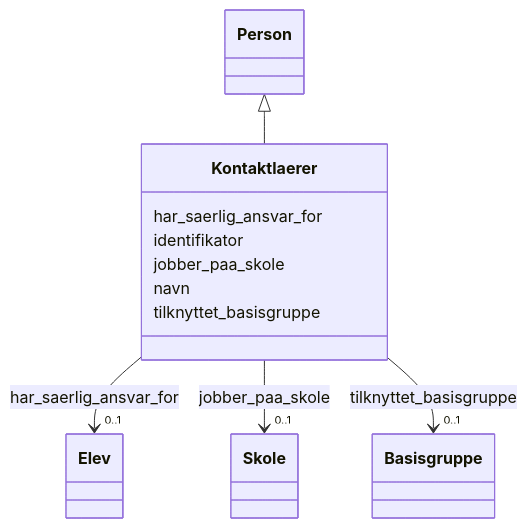
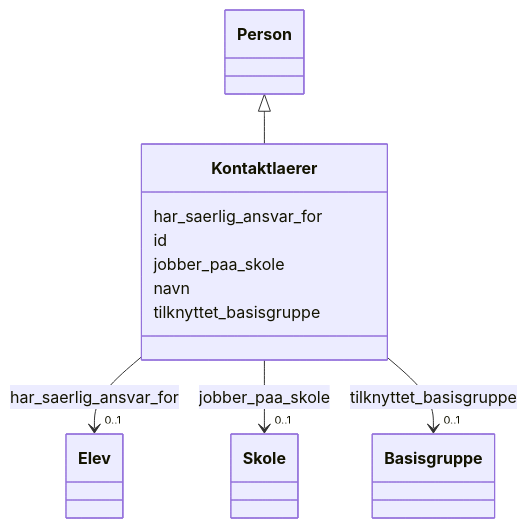
Before and after one commit to brreg/linkml-w3c-no-profiles: the diagram in mkdocs/docs/samt/samt-bu/klasser/kontaktlaerer.md, drawn with Mermaid. The commit also changed other lines of this file and 541 other files, not shown here.

````diff
--- a/mkdocs/docs/samt/samt-bu/klasser/kontaktlaerer.md
+++ b/mkdocs/docs/samt/samt-bu/klasser/kontaktlaerer.md
@@ -18,46 +18,46 @@
 ```mermaid
  classDiagram
     class Kontaktlaerer
     click Kontaktlaerer href "../Kontaktlaerer/"
       Person <|-- Kontaktlaerer
         click Person href "../Person/"
       
       Kontaktlaerer : har_saerlig_ansvar_for
         
           
     
         
         
         Kontaktlaerer --> "0..1" Elev : har_saerlig_ansvar_for
         click Elev href "../Elev/"
     
 
         
-      Kontaktlaerer : identifikator
+      Kontaktlaerer : id
         
       Kontaktlaerer : jobber_paa_skole
         
           
     
         
         
         Kontaktlaerer --> "0..1" Skole : jobber_paa_skole
         click Skole href "../Skole/"
     
 
         
       Kontaktlaerer : navn
         
       Kontaktlaerer : tilknyttet_basisgruppe
         
           
     
         
         
         Kontaktlaerer --> "0..1" Basisgruppe : tilknyttet_basisgruppe
         click Basisgruppe href "../Basisgruppe/"
     
 
         
       
 ```
````
